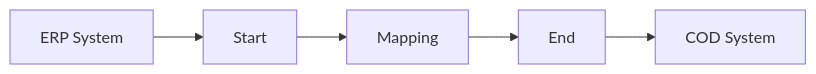
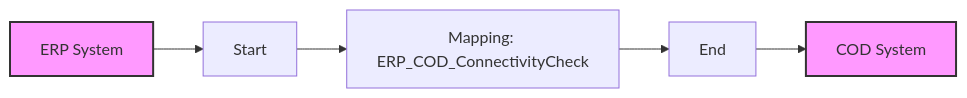
The diagram in MMZ - Cell Iflows/Check_Connectivity_from_SAP_Business_Suite_MMZ-1.0.3/readme.md (Avvale-IA-CICD/AvvaleCPI), drawn with Mermaid before and after one commit. The commit also changed other lines of this file, not shown here.

Commit message:
Add/update documentation for Check_Connectivity_from_SAP_Business_Suite_MMZ v1.0.3

````diff
--- a/MMZ - Cell Iflows/Check_Connectivity_from_SAP_Business_Suite_MMZ-1.0.3/readme.md
+++ b/MMZ - Cell Iflows/Check_Connectivity_from_SAP_Business_Suite_MMZ-1.0.3/readme.md
@@ -6,7 +4,9 @@
 ```mermaid
 graph LR
     ERP[ERP System] --> StartEvent
     StartEvent[Start] --> Mapping
-    Mapping[Mapping] --> EndEvent
+    Mapping[Mapping: ERP_COD_ConnectivityCheck] --> EndEvent
     EndEvent[End] --> COD[COD System]
+    style ERP fill:#f9f,stroke:#333,stroke-width:2px
+    style COD fill:#f9f,stroke:#333,stroke-width:2px
 ```
````
